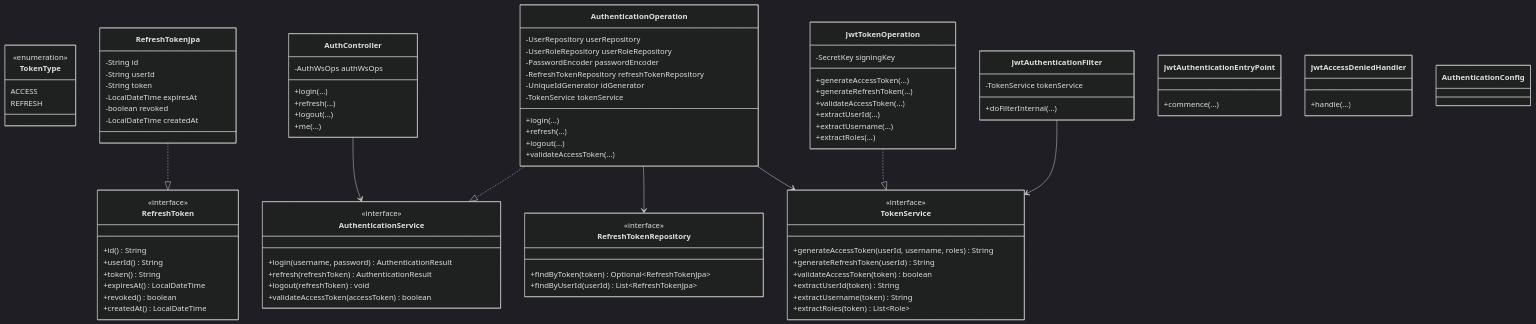
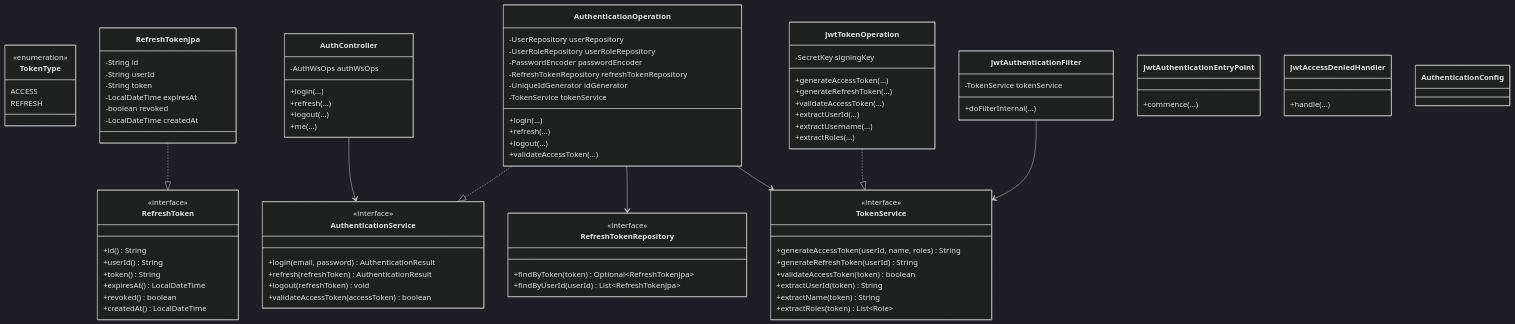
The fifth of 7 diagrams in architecture/ARCHITECTURE.md (Univalle-Gadim-Lab/virtual-lab-platform), drawn with Mermaid (dark theme) before and after one commit. The commit also changed other lines of this file and 41 other files, not shown here.

First line of the commit message:
docs: update architecture docs for email-based user identifier

```diff
--- a/architecture/ARCHITECTURE.md
+++ b/architecture/ARCHITECTURE.md
@@ -700,7 +697,7 @@
 
     class AuthenticationService {
         <<interface>>
-        +login(username, password) AuthenticationResult
+        +login(email, password) AuthenticationResult
         +refresh(refreshToken) AuthenticationResult
         +logout(refreshToken) void
         +validateAccessToken(accessToken) boolean
@@ -708,11 +705,11 @@
 
     class TokenService {
         <<interface>>
-        +generateAccessToken(userId, username, roles) String
+        +generateAccessToken(userId, name, roles) String
         +generateRefreshToken(userId) String
         +validateAccessToken(token) boolean
         +extractUserId(token) String
-        +extractUsername(token) String
+        +extractName(token) String
         +extractRoles(token) List~Role~
     }
 
```
